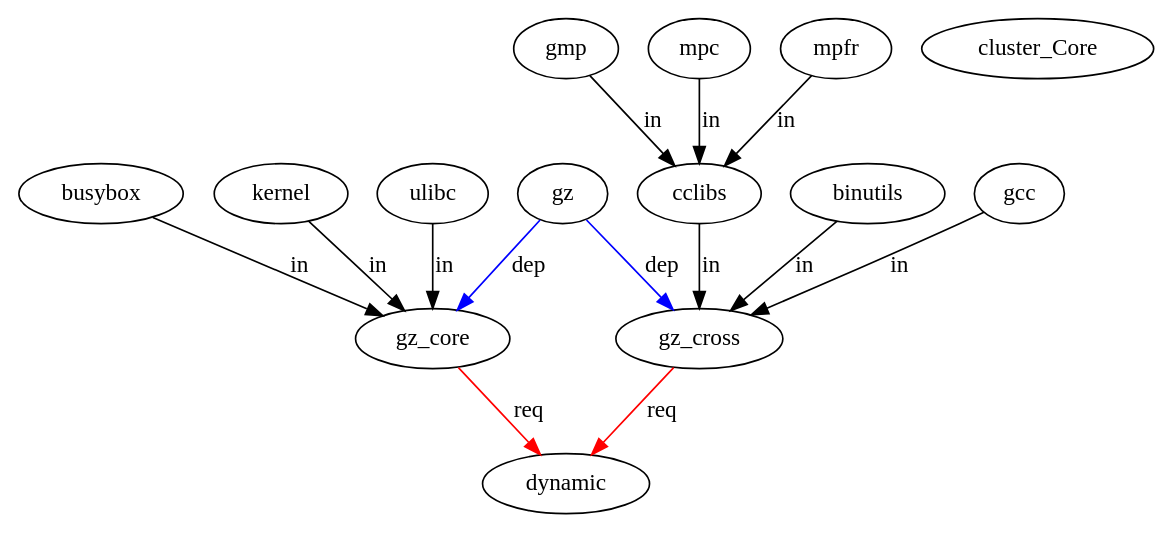
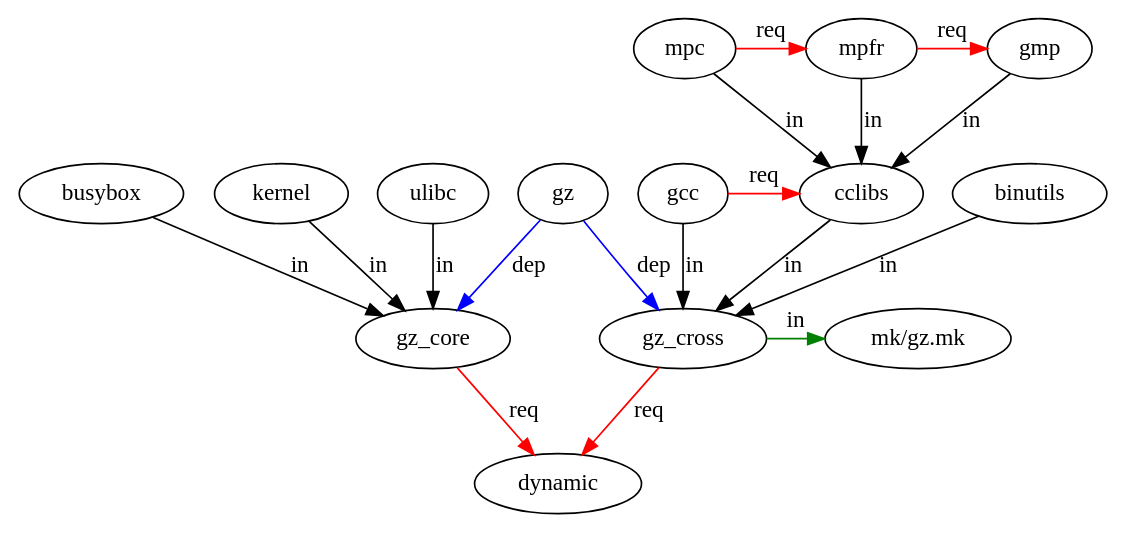
The diagram in doc/cross/04.dot (ponyatov/DLR), drawn with Graphviz before and after one commit. The commit also changed 8 other files, not shown here.

```diff
--- a/doc/cross/04.dot
+++ b/doc/cross/04.dot
@@ -1,18 +1,23 @@
 digraph {
 	#rankdir=LR;
 	gz -> gz_cross [label=dep,color=blue];
 	gz -> gz_core [label=dep,color=blue];
 	gmp -> cclibs -> gz_cross [label=in];
 	mpc -> cclibs [label=in];
 	mpfr -> cclibs [label=in];
 	binutils -> gz_cross [label=in];
 	gcc -> gz_cross [label=in];
-	cluster_Core {  
 		kernel -> gz_core [label=in];
 		ulibc -> gz_core [label=in];
 		busybox -> gz_core [label=in];
-	} 
 	gz_cross -> dynamic [label=req,color=red];
 	gz_core -> dynamic [label=req,color=red];
 	{ rank=same; gz_cross; gz_core; }
+	
+	{rank=same; gz_cross -> "mk/gz.mk" [label=in,color=green];}
+	
+	{rank=same; mpc -> mpfr -> gmp [label=req,color=red];}
+	{rank=same; gcc -> cclibs [label=req,color=red];
+	#gcc -> binutils [label=req,color=red]; 
+	}  
 }
```
